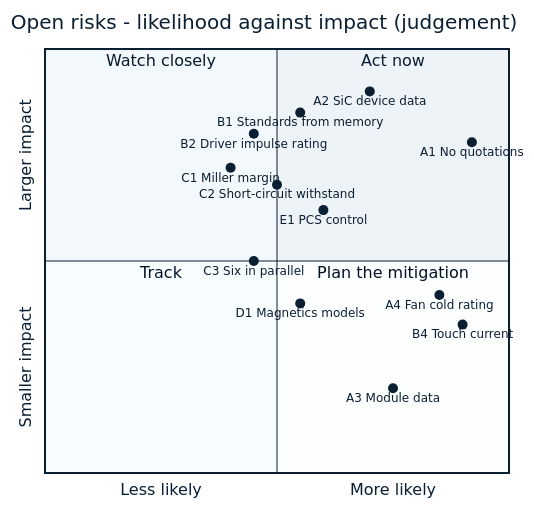
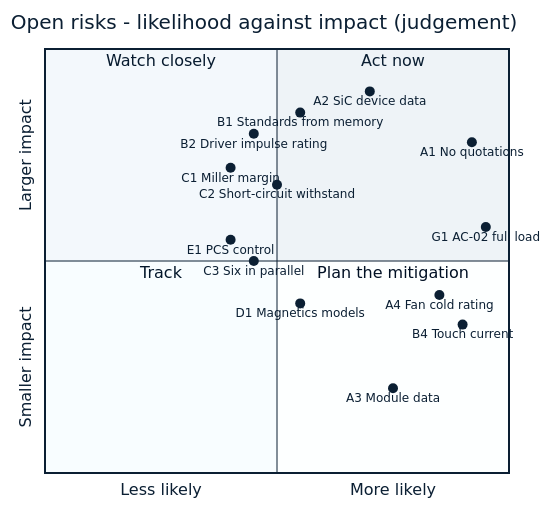
Before and after one commit to vectivolt/PCM: the diagram in docs/guide/12-risks-and-open-items.md, drawn with Mermaid. The commit also changed other lines of this file and 97 other files, not shown here.

````diff
--- a/docs/guide/12-risks-and-open-items.md
+++ b/docs/guide/12-risks-and-open-items.md
@@ -28,23 +29,24 @@
 ```mermaid
 %%{init: {"theme": "base", "themeVariables": {"primaryColor": "#EEF3F7", "primaryBorderColor": "#0B1F33", "primaryTextColor": "#0B1F33", "lineColor": "#5B6B7A", "secondaryColor": "#D9F2EF", "tertiaryColor": "#FFF4D6", "fontFamily": "Inter, Helvetica, Arial, sans-serif"}}}%%
 quadrantChart
     title Open risks - likelihood against impact (judgement)
     x-axis Less likely --> More likely
     y-axis Smaller impact --> Larger impact
     quadrant-1 Act now
     quadrant-2 Watch closely
     quadrant-3 Track
     quadrant-4 Plan the mitigation
     A1 No quotations: [0.92, 0.78]
     A2 SiC device data: [0.70, 0.90]
     B1 Standards from memory: [0.55, 0.85]
     B2 Driver impulse rating: [0.45, 0.80]
     C1 Miller margin: [0.40, 0.72]
     C2 Short-circuit withstand: [0.50, 0.68]
     A4 Fan cold rating: [0.85, 0.42]
     B4 Touch current: [0.90, 0.35]
     C3 Six in parallel: [0.45, 0.50]
     D1 Magnetics models: [0.55, 0.40]
-    E1 PCS control: [0.60, 0.62]
+    E1 PCS control: [0.40, 0.55]
     A3 Module data: [0.75, 0.20]
+    G1 AC-02 full load: [0.95, 0.58]
 ```
````
